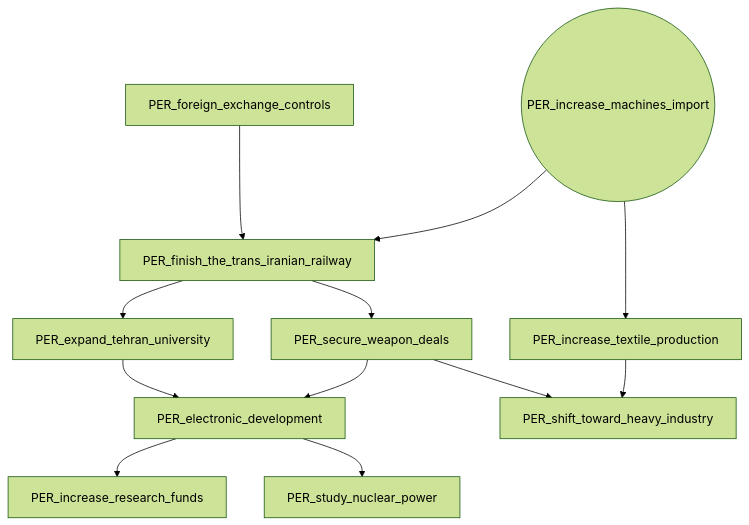
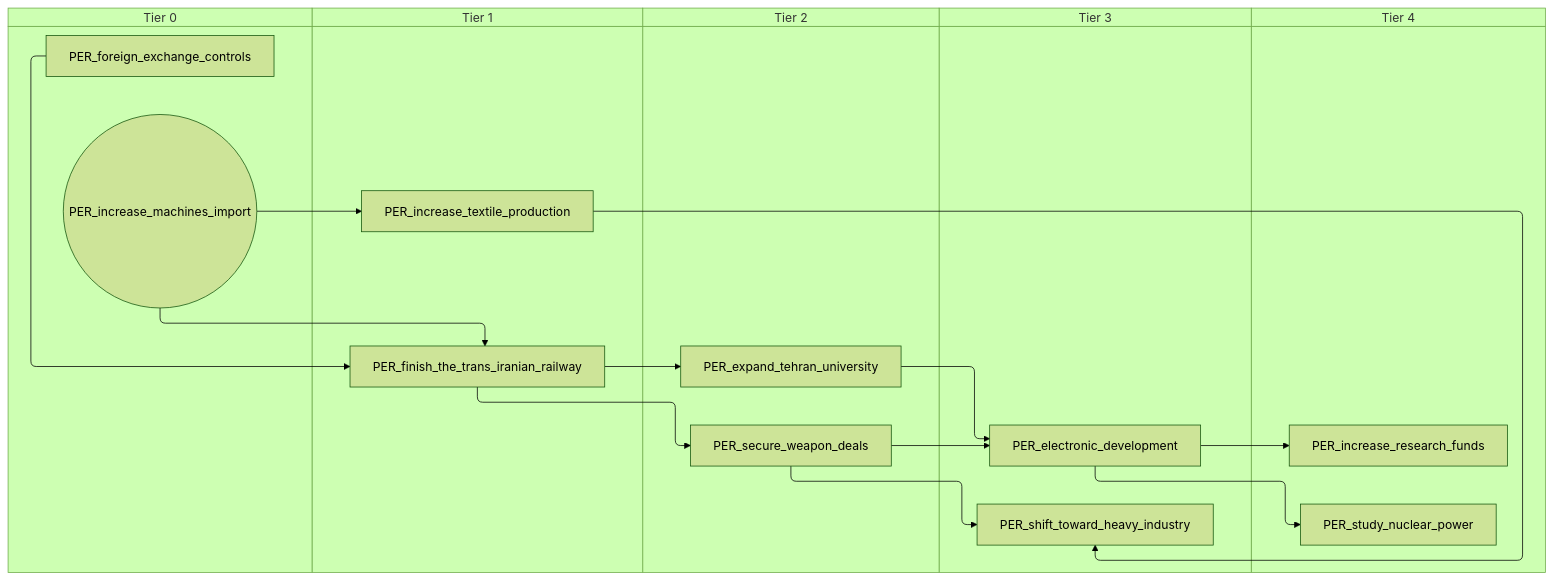
One commit to evgeny-sobol/hoi4-sandbox-mode-r56 changed the seventh of 9 diagrams in docs/gdd/National Focuses/r56/r56_persia.md. Above: the diagram before and after it, drawn with Mermaid (forest theme). The commit also changed other lines of this file and 423 other files, not shown here.

First line of the commit message:
Re-export Rt56 focus trees as swimlane diagrams

````diff
--- a/docs/gdd/National Focuses/r56/r56_persia.md
+++ b/docs/gdd/National Focuses/r56/r56_persia.md
@@ -320,24 +390,34 @@
 ```mermaid
-flowchart TD
-    n74["PER_electronic_development"]
-    n75["PER_expand_tehran_university"]
-    n76["PER_finish_the_trans_iranian_railway"]
-    n77["PER_foreign_exchange_controls"]
-    n78(("PER_increase_machines_import"))
-    n79["PER_increase_research_funds"]
-    n80["PER_increase_textile_production"]
-    n82["PER_secure_weapon_deals"]
-    n83["PER_shift_toward_heavy_industry"]
-    n84["PER_study_nuclear_power"]
-    n82 --> n74
-    n75 --> n74
-    n76 --> n75
-    n77 --> n76
-    n78 --> n76
-    n74 --> n79
-    n78 --> n80
-    n76 --> n82
-    n82 --> n83
-    n80 --> n83
-    n74 --> n84
+swimlane-beta TD
+    subgraph tier_0["Tier 0"]
+        n74["PER_foreign_exchange_controls"]
+        n75(("PER_increase_machines_import"))
+    end
+    subgraph tier_1["Tier 1"]
+        n77["PER_finish_the_trans_iranian_railway"]
+        n76["PER_increase_textile_production"]
+    end
+    subgraph tier_2["Tier 2"]
+        n79["PER_expand_tehran_university"]
+        n81["PER_secure_weapon_deals"]
+    end
+    subgraph tier_3["Tier 3"]
+        n82["PER_electronic_development"]
+        n83["PER_shift_toward_heavy_industry"]
+    end
+    subgraph tier_4["Tier 4"]
+        n84["PER_increase_research_funds"]
+        n85["PER_study_nuclear_power"]
+    end
+    n81 --> n82
+    n79 --> n82
+    n77 --> n79
+    n74 --> n77
+    n75 --> n77
+    n82 --> n84
+    n75 --> n76
+    n77 --> n81
+    n81 --> n83
+    n76 --> n83
+    n82 --> n85
 ```
````
